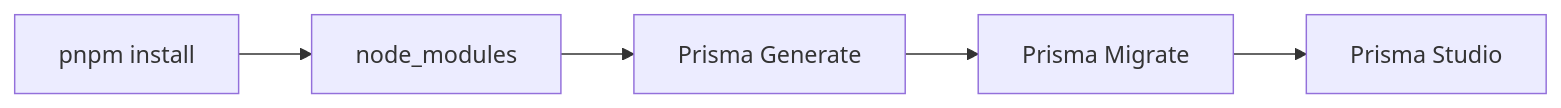
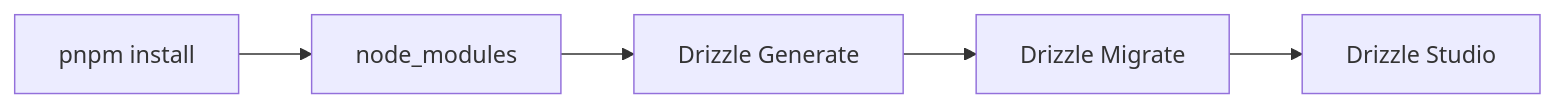
One commit to TROCA-AULA/troca-aula-backend changed the second of 8 diagrams in docs/09-setup-config.md. Above: the diagram before and after it, drawn with Mermaid. The commit also changed other lines of this file and 9 other files, not shown here.

````diff
--- a/docs/09-setup-config.md
+++ b/docs/09-setup-config.md
@@ -68,7 +68,7 @@
 ```mermaid
 flowchart LR
     A[pnpm install] --> B[node_modules]
-    B --> C[Prisma Generate]
-    C --> D[Prisma Migrate]
-    D --> E[Prisma Studio]
+    B --> C[Drizzle Generate]
+    C --> D[Drizzle Migrate]
+    D --> E[Drizzle Studio]
 ```
````
